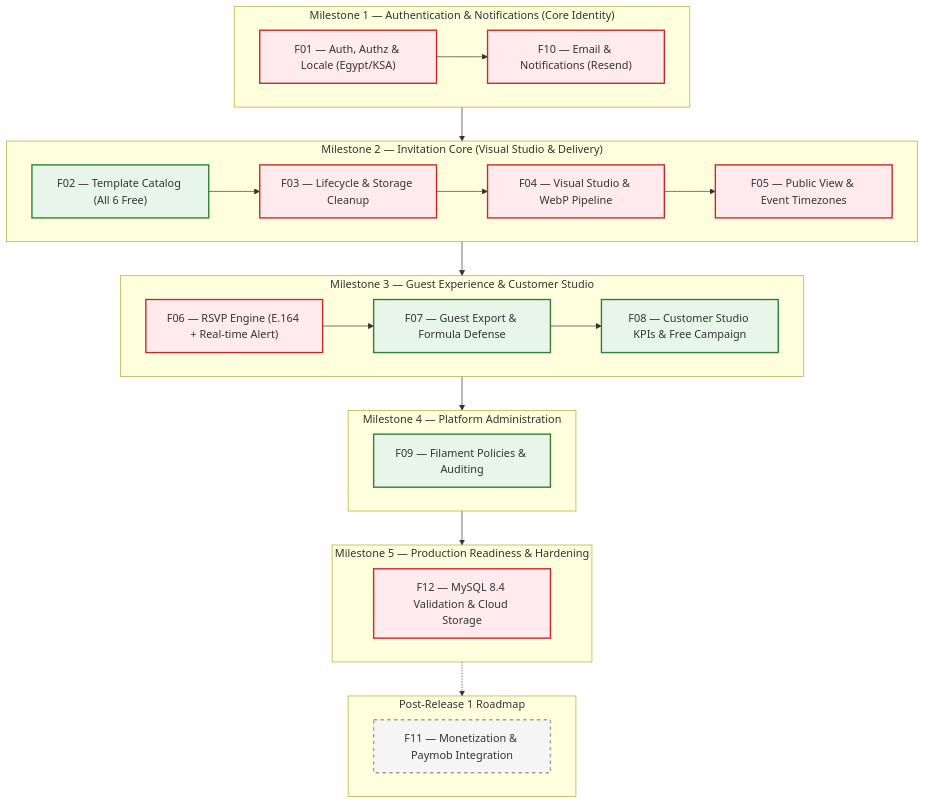
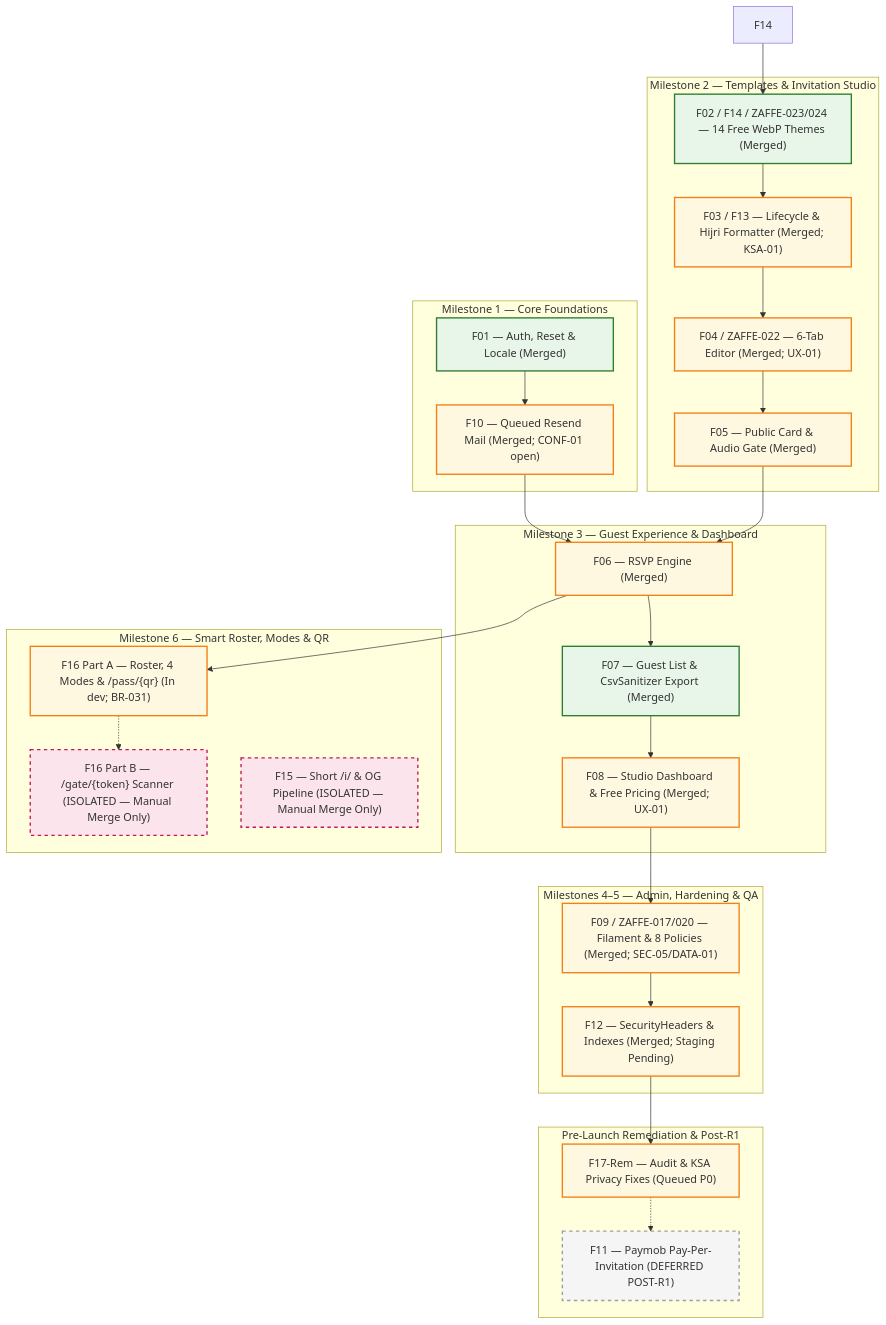
The diagram in docs/engineering/MASTER_ROADMAP.md (mohamedelbalooty/Zaffe), drawn with Mermaid before and after one commit. The commit also changed other lines of this file and 174 other files, not shown here.

First line of the commit message:
docs(governance): reorganize documentation, complete audit and add Phase 3 BRD (ZAFFE-025)

````diff
--- a/docs/engineering/MASTER_ROADMAP.md
+++ b/docs/engineering/MASTER_ROADMAP.md
@@ -24,45 +23,46 @@
 ```mermaid
 flowchart TD
-    classDef p0 fill:#ffebee,stroke:#c62828,stroke-width:2px;
-    classDef p1 fill:#e8f5e9,stroke:#2e7d32,stroke-width:2px;
+    classDef done fill:#e8f5e9,stroke:#2e7d32,stroke-width:2px;
+    classDef partial fill:#fff8e1,stroke:#f57f17,stroke-width:2px;
+    classDef isolated fill:#fce4ec,stroke:#c2185b,stroke-width:2px,stroke-dasharray: 5 5;
     classDef deferred fill:#f5f5f5,stroke:#9e9e9e,stroke-width:2px,stroke-dasharray: 5 5;
 
-    subgraph M1["Milestone 1 — Authentication & Notifications (Core Identity)"]
-        F01["F01 — Auth, Authz & Locale (Egypt/KSA)"]:::p0
-        F10["F10 — Email & Notifications (Resend)"]:::p0
-        F01 --> F10
+    subgraph M1["Milestone 1 — Core Foundations"]
+        F01["F01 — Auth, Reset & Locale (Merged)"]:::done
+        F10["F10 — Queued Resend Mail (Merged; CONF-01 open)"]:::partial
     end
 
-    subgraph M2["Milestone 2 — Invitation Core (Visual Studio & Delivery)"]
-        F02["F02 — Template Catalog (All 6 Free)"]:::p1
-        F03["F03 — Lifecycle & Storage Cleanup"]:::p0
-        F04["F04 — Visual Studio & WebP Pipeline"]:::p0
-        F05["F05 — Public View & Event Timezones"]:::p0
-        F02 --> F03 --> F04 --> F05
+    subgraph M2["Milestone 2 — Templates & Invitation Studio"]
+        F02["F02 / F14 / ZAFFE-023/024 — 14 Free WebP Themes (Merged)"]:::done
+        F03["F03 / F13 — Lifecycle & Hijri Formatter (Merged; KSA-01)"]:::partial
+        F04["F04 / ZAFFE-022 — 6-Tab Editor (Merged; UX-01)"]:::partial
+        F05["F05 — Public Card & Audio Gate (Merged)"]:::partial
     end
 
-    subgraph M3["Milestone 3 — Guest Experience & Customer Studio"]
-        F06["F06 — RSVP Engine (E.164 + Real-time Alert)"]:::p0
-        F07["F07 — Guest Export & Formula Defense"]:::p1
-        F08["F08 — Customer Studio KPIs & Free Campaign"]:::p1
-        F06 --> F07 --> F08
+    subgraph M3["Milestone 3 — Guest Experience & Dashboard"]
+        F06["F06 — RSVP Engine (Merged)"]:::partial
+        F07["F07 — Guest List & CsvSanitizer Export (Merged)"]:::done
+        F08["F08 — Studio Dashboard & Free Pricing (Merged; UX-01)"]:::partial
     end
 
-    subgraph M4["Milestone 4 — Platform Administration"]
-        F09["F09 — Filament Policies & Auditing"]:::p1
+    subgraph M45["Milestones 4–5 — Admin, Hardening & QA"]
+        F09["F09 / ZAFFE-017/020 — Filament & 8 Policies (Merged; SEC-05/DATA-01)"]:::partial
+        F12["F12 — SecurityHeaders & Indexes (Merged; Staging Pending)"]:::partial
     end
 
-    subgraph M5["Milestone 5 — Production Readiness & Hardening"]
-        F12["F12 — MySQL 8.4 Validation & Cloud Storage"]:::p0
+    subgraph M6["Milestone 6 — Smart Roster, Modes & QR"]
+        F16A["F16 Part A — Roster, 4 Modes & /pass/{qr} (In dev; BR-031)"]:::partial
+        F16B["F16 Part B — /gate/{token} Scanner (ISOLATED — Manual Merge Only)"]:::isolated
+        F15["F15 — Short /i/ & OG Pipeline (ISOLATED — Manual Merge Only)"]:::isolated
     end
 
-    subgraph PostRelease["Post-Release 1 Roadmap"]
-        F11["F11 — Monetization & Paymob Integration"]:::deferred
+    subgraph PreLaunch["Pre-Launch Remediation & Post-R1"]
+        F17Rem["F17-Rem — Audit & KSA Privacy Fixes (Queued P0)"]:::partial
+        F11["F11 — Paymob Pay-Per-Invitation (DEFERRED POST-R1)"]:::deferred
     end
 
-    M1 --> M2
-    M2 --> M3
-    M3 --> M4
-    M4 --> M5
-    M5 -.-> PostRelease
+    F01 --> F10 --> F06
+    F14 --> F02 --> F03 --> F04 --> F05 --> F06 --> F07 --> F08 --> F09 --> F12
+    F06 --> F16A -.-> F16B
+    F12 --> F17Rem -.-> F11
 ```
````
